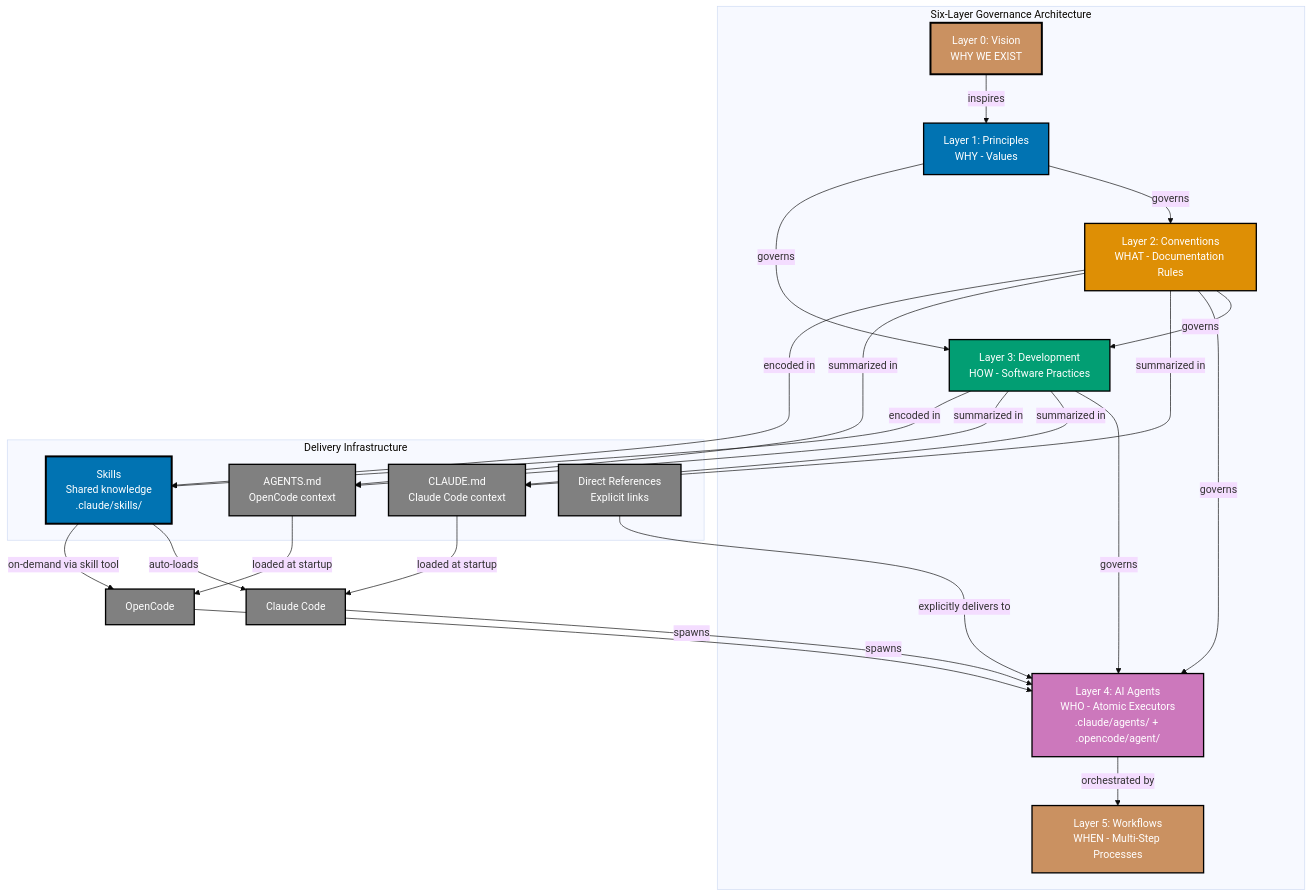
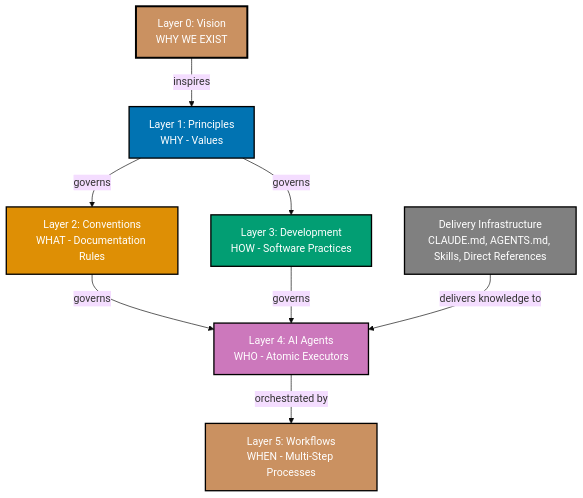
The diagram in docs/explanation/README.md (wahidyankf/open-sharia-enterprise), drawn with Mermaid (base theme) before and after one commit.

Commit message:
refactor(docs): simplify architecture diagram
- Consolidate delivery infrastructure into single box
- Remove complex subgraphs and intermediate nodes
- Keep focus on 6 governance layers and their relationships
- Cleaner, more readable diagram for README overview

````diff
--- a/docs/explanation/README.md
+++ b/docs/explanation/README.md
@@ -49,54 +49,27 @@
 ```mermaid
 %% Color Palette: Blue #0173B2, Orange #DE8F05, Teal #029E73, Purple #CC78BC, Brown #CA9161, Gray #808080
 graph TD
-    subgraph Governance["Six-Layer Governance Architecture"]
-        L0[Layer 0: Vision<br/>WHY WE EXIST]
-        L1[Layer 1: Principles<br/>WHY - Values]
-        L2[Layer 2: Conventions<br/>WHAT - Documentation Rules]
-        L3[Layer 3: Development<br/>HOW - Software Practices]
-        L4[Layer 4: AI Agents<br/>WHO - Atomic Executors<br/>.claude/agents/ + .opencode/agent/]
-        L5[Layer 5: Workflows<br/>WHEN - Multi-Step Processes]
-    end
-
-    subgraph Delivery["Delivery Infrastructure"]
-        CM[CLAUDE.md<br/>Claude Code context]
-        AM[AGENTS.md<br/>OpenCode context]
-        SK[Skills<br/>Shared knowledge<br/>.claude/skills/]
-        DR[Direct References<br/>Explicit links]
-    end
+    L0[Layer 0: Vision<br/>WHY WE EXIST]
+    L1[Layer 1: Principles<br/>WHY - Values]
+    L2[Layer 2: Conventions<br/>WHAT - Documentation Rules]
+    L3[Layer 3: Development<br/>HOW - Software Practices]
+    L4[Layer 4: AI Agents<br/>WHO - Atomic Executors]
+    L5[Layer 5: Workflows<br/>WHEN - Multi-Step Processes]
+    DI[Delivery Infrastructure<br/>CLAUDE.md, AGENTS.md, Skills, Direct References]
 
     L0 -->|inspires| L1
     L1 -->|governs| L2
     L1 -->|governs| L3
-    L2 -->|governs| L3
     L2 -->|governs| L4
     L3 -->|governs| L4
     L4 -->|orchestrated by| L5
-
-    L2 -->|summarized in| CM
-    L2 -->|summarized in| AM
-    L2 -->|encoded in| SK
-    L3 -->|summarized in| CM
-    L3 -->|summarized in| AM
-    L3 -->|encoded in| SK
-    CM -->|loaded at startup| OCC[Claude Code]
-    AM -->|loaded at startup| OOC[OpenCode]
-    OCC -->|spawns| L4
-    OOC -->|spawns| L4
-    SK -->|auto-loads| OCC
-    SK -->|on-demand via skill tool| OOC
-    DR -->|explicitly delivers to| L4
+    DI -->|delivers knowledge to| L4
 
     style L0 fill:#CA9161,stroke:#000000,color:#FFFFFF,stroke-width:3px
     style L1 fill:#0173B2,stroke:#000000,color:#FFFFFF,stroke-width:2px
     style L2 fill:#DE8F05,stroke:#000000,color:#FFFFFF,stroke-width:2px
     style L3 fill:#029E73,stroke:#000000,color:#FFFFFF,stroke-width:2px
     style L4 fill:#CC78BC,stroke:#000000,color:#FFFFFF,stroke-width:2px
     style L5 fill:#CA9161,stroke:#000000,color:#FFFFFF,stroke-width:2px
-    style OCC fill:#808080,stroke:#000000,color:#FFFFFF,stroke-width:2px
-    style OOC fill:#808080,stroke:#000000,color:#FFFFFF,stroke-width:2px
-    style CM fill:#808080,stroke:#000000,color:#FFFFFF,stroke-width:2px
-    style AM fill:#808080,stroke:#000000,color:#FFFFFF,stroke-width:2px
-    style SK fill:#0173B2,stroke:#000000,color:#FFFFFF,stroke-width:3px
-    style DR fill:#808080,stroke:#000000,color:#FFFFFF,stroke-width:2px
+    style DI fill:#808080,stroke:#000000,color:#FFFFFF,stroke-width:2px
 ```
````
